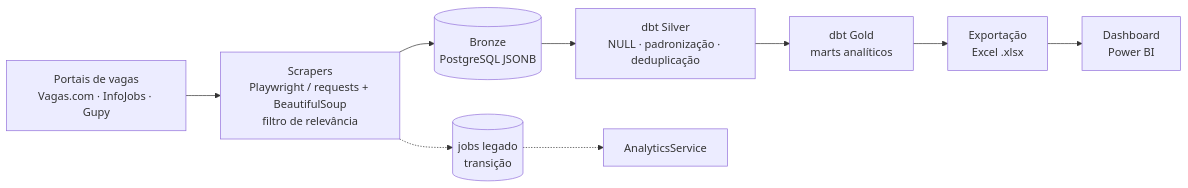
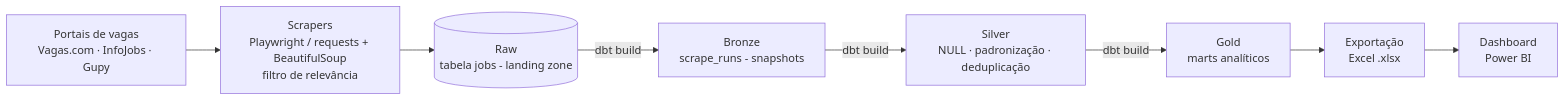
The first of 3 diagrams in README.md (Willian-Cruz/hub_vagas), drawn with Mermaid before and after one commit. The commit also changed other lines of this file and 15 other files, not shown here.

````diff
--- a/README.md
+++ b/README.md
@@ -19,11 +26,10 @@
 ```mermaid
 flowchart LR
     A[Portais de vagas<br/>Vagas.com · InfoJobs · Gupy] --> B[Scrapers<br/>Playwright / requests + BeautifulSoup<br/>filtro de relevância]
-    B --> C[(Bronze<br/>PostgreSQL JSONB)]
-    C --> D[dbt Silver<br/>NULL · padronização · deduplicação]
-    D --> E[dbt Gold<br/>marts analíticos]
-    E --> F[Exportação<br/>Excel .xlsx]
-    F --> G[Dashboard<br/>Power BI]
-    B -.-> L[(jobs legado<br/>transição)]
-    L -.-> H[AnalyticsService]
+    B --> C[(Raw<br/>tabela jobs - landing zone)]
+    C -->|dbt build| D[Bronze<br/>scrape_runs - snapshots]
+    D -->|dbt build| E[Silver<br/>NULL · padronização · deduplicação]
+    E -->|dbt build| F[Gold<br/>marts analíticos]
+    F --> G[Exportação<br/>Excel .xlsx]
+    G --> H[Dashboard<br/>Power BI]
 ```
````
